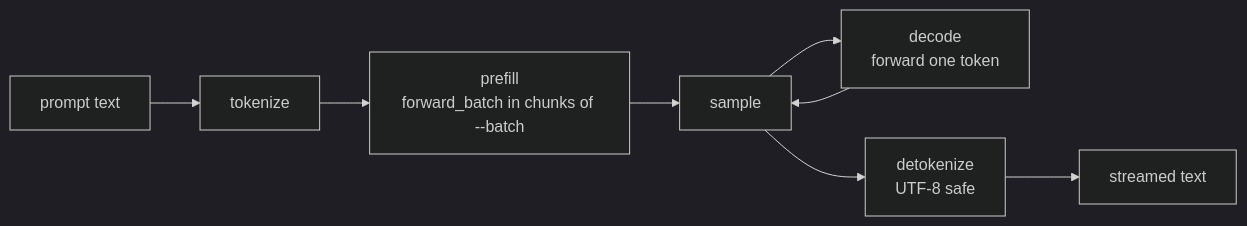
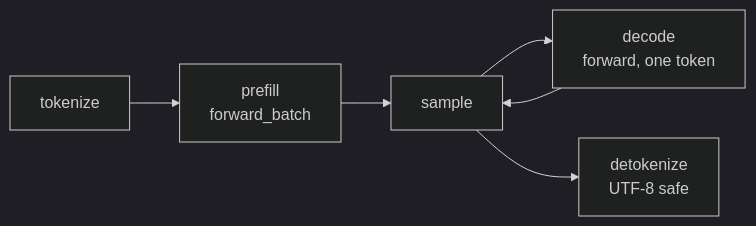
Before and after one commit to amit456218/inference-agent: the second of 4 diagrams in README.md, drawn with Mermaid (dark theme). The commit also changed other lines of this file, not shown here.

Commit message:
README: split the per-layer diagram so it renders legibly on GitHub

````diff
--- a/README.md
+++ b/README.md
@@ -156,10 +156,6 @@
 ```mermaid
 flowchart LR
-    P["prompt text"] --> T["tokenize"]
-    T --> PF["prefill<br/>forward_batch in chunks of --batch"]
-    PF --> S["sample"]
-    S --> D["decode<br/>forward one token"]
+    T["tokenize"] --> PF["prefill<br/>forward_batch"] --> S["sample"] --> D["decode<br/>forward, one token"]
     D --> S
     S --> DT["detokenize<br/>UTF-8 safe"]
-    DT --> O["streamed text"]
 ```
````
